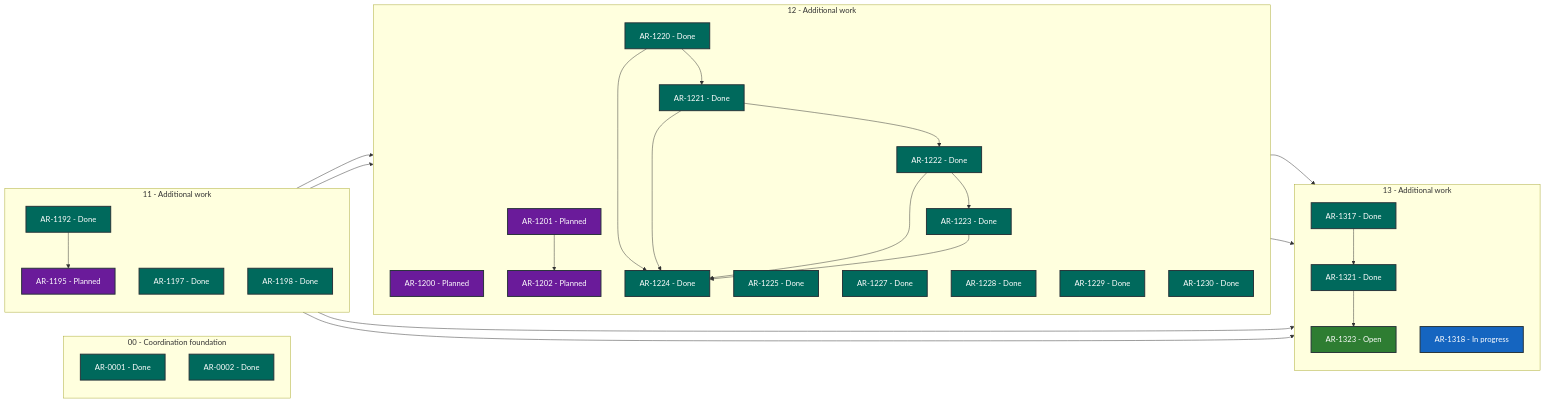
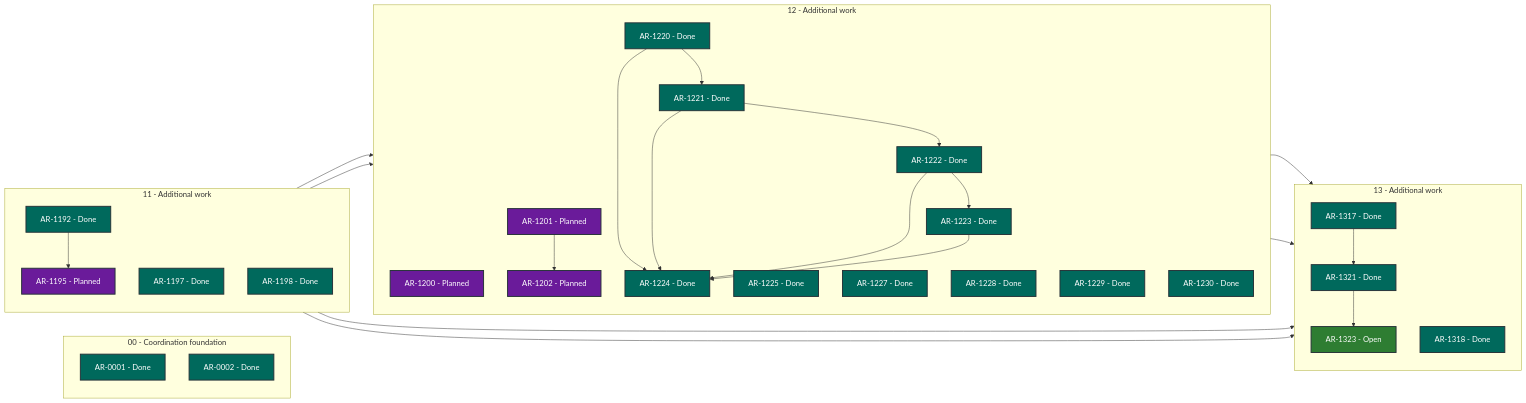
The diagram in STATUS.md (martin-beck/asb-tui-state), drawn with Mermaid before and after one commit. The commit also changed other lines of this file and 2 other files, not shown here.

````diff
--- a/STATUS.md
+++ b/STATUS.md
@@ -27,63 +27,63 @@
 ```mermaid
 flowchart LR
     subgraph series_00["00 - Coordination foundation"]
         direction TB
         AR_0001["AR-0001 - Done"]:::status_done
         AR_0002["AR-0002 - Done"]:::status_done
     end
     subgraph series_11["11 - Additional work"]
         direction TB
         AR_1192["AR-1192 - Done"]:::status_done
         AR_1195["AR-1195 - Planned"]:::status_planned
         AR_1197["AR-1197 - Done"]:::status_done
         AR_1198["AR-1198 - Done"]:::status_done
     end
     subgraph series_12["12 - Additional work"]
         direction TB
         AR_1200["AR-1200 - Planned"]:::status_planned
         AR_1201["AR-1201 - Planned"]:::status_planned
         AR_1202["AR-1202 - Planned"]:::status_planned
         AR_1220["AR-1220 - Done"]:::status_done
         AR_1221["AR-1221 - Done"]:::status_done
         AR_1222["AR-1222 - Done"]:::status_done
         AR_1223["AR-1223 - Done"]:::status_done
         AR_1224["AR-1224 - Done"]:::status_done
         AR_1225["AR-1225 - Done"]:::status_done
         AR_1227["AR-1227 - Done"]:::status_done
         AR_1228["AR-1228 - Done"]:::status_done
         AR_1229["AR-1229 - Done"]:::status_done
         AR_1230["AR-1230 - Done"]:::status_done
     end
     subgraph series_13["13 - Additional work"]
         direction TB
         AR_1317["AR-1317 - Done"]:::status_done
-        AR_1318["AR-1318 - In progress"]:::status_in_progress
+        AR_1318["AR-1318 - Done"]:::status_done
         AR_1321["AR-1321 - Done"]:::status_done
         AR_1323["AR-1323 - Open"]:::status_open
     end
     AR_1192 --> AR_1195
     AR_1192 --> AR_1317
     AR_1195 --> AR_1200
     AR_1197 --> AR_1201
     AR_1197 --> AR_1317
     AR_1201 --> AR_1202
     AR_1220 --> AR_1221
     AR_1220 --> AR_1224
     AR_1221 --> AR_1222
     AR_1221 --> AR_1224
     AR_1222 --> AR_1223
     AR_1222 --> AR_1224
     AR_1223 --> AR_1224
     AR_1228 --> AR_1317
     AR_1229 --> AR_1317
     AR_1317 --> AR_1321
     AR_1321 --> AR_1323
     classDef status_in_progress fill:#1565c0,color:#ffffff,stroke:#263238,stroke-width:2px
     classDef status_open fill:#2e7d32,color:#ffffff,stroke:#263238,stroke-width:2px
     classDef status_blocked fill:#c62828,color:#ffffff,stroke:#263238,stroke-width:2px
     classDef status_planned fill:#6a1b9a,color:#ffffff,stroke:#263238,stroke-width:2px
     classDef status_future fill:#455a64,color:#ffffff,stroke:#263238,stroke-width:2px
     classDef status_done fill:#00695c,color:#ffffff,stroke:#263238,stroke-width:2px
     classDef status_cancelled fill:#616161,color:#ffffff,stroke:#263238,stroke-width:2px
     classDef status_superseded fill:#5d4037,color:#ffffff,stroke:#263238,stroke-width:2px
 ```
````
